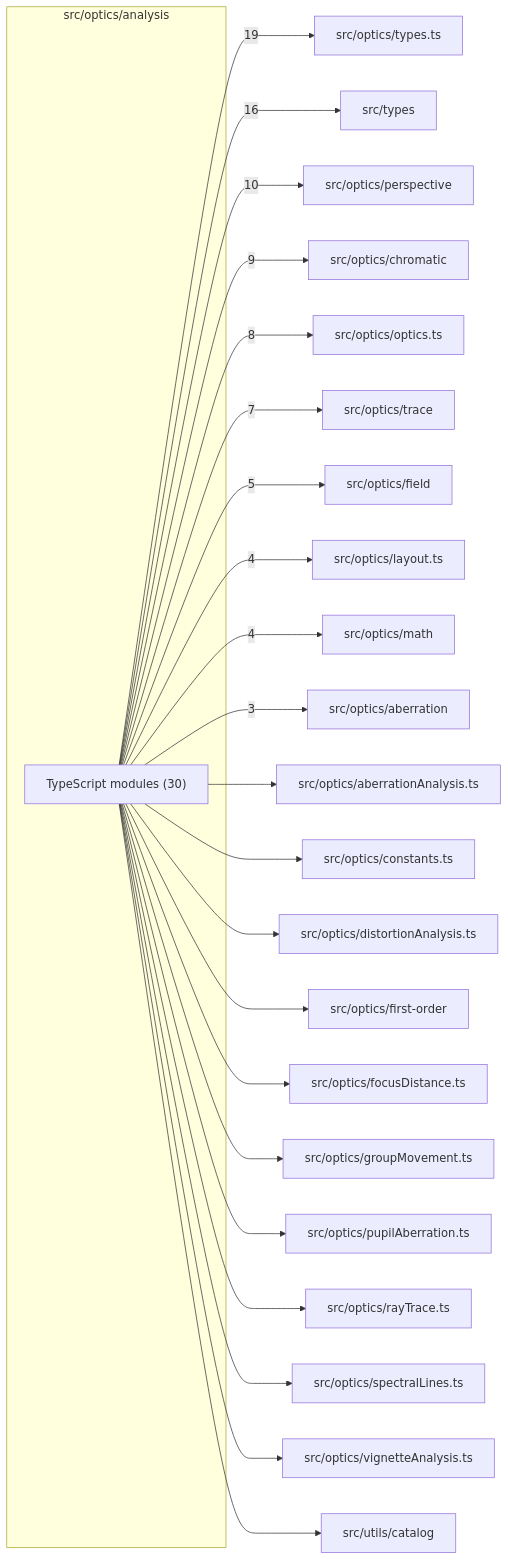
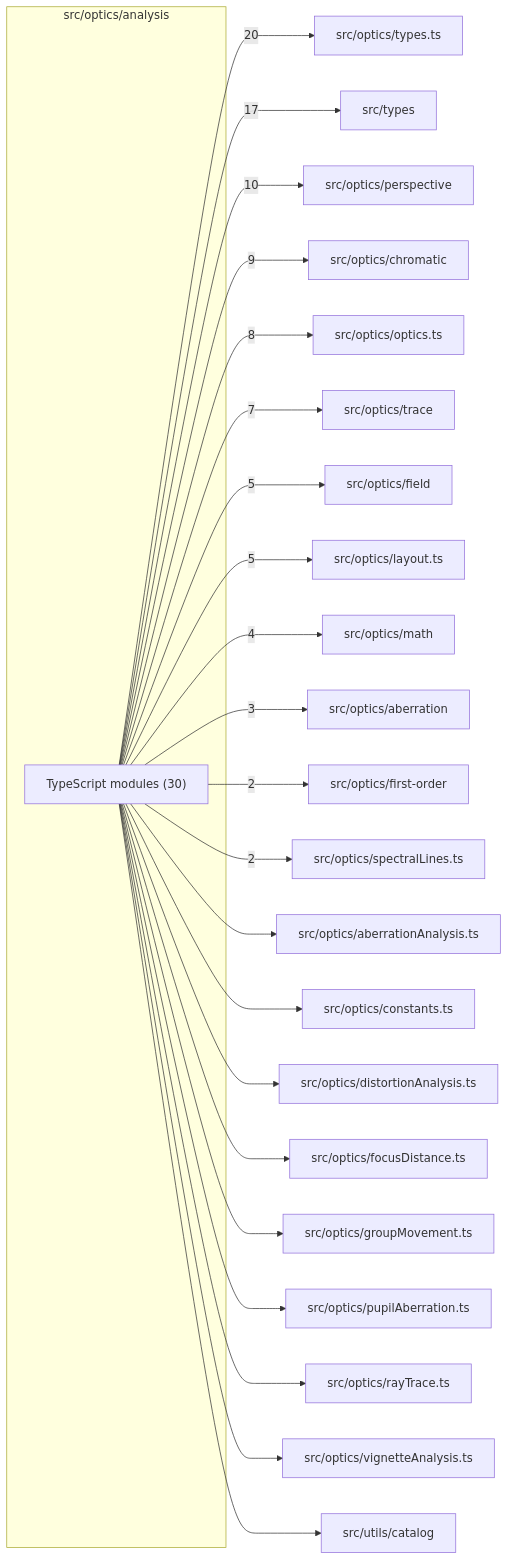
Before and after one commit to ronbuening/LensVisualizer: the diagram in src/optics/analysis/readme.md, drawn with Mermaid. The commit also changed other lines of this file and 18 other files, not shown here.

````diff
--- a/src/optics/analysis/readme.md
+++ b/src/optics/analysis/readme.md
@@ -9,48 +9,48 @@
 ```mermaid
 flowchart LR
   subgraph n_src_optics_analysis["src/optics/analysis"]
     n_src_optics_analysis_TypeScript_modules["TypeScript modules (30)"]
   end
   n_external_src_optics_types_ts["src/optics/types.ts"]
   n_external_src_types["src/types"]
   n_external_src_optics_perspective["src/optics/perspective"]
   n_external_src_optics_chromatic["src/optics/chromatic"]
   n_external_src_optics_optics_ts["src/optics/optics.ts"]
   n_external_src_optics_trace["src/optics/trace"]
   n_external_src_optics_field["src/optics/field"]
   n_external_src_optics_layout_ts["src/optics/layout.ts"]
   n_external_src_optics_math["src/optics/math"]
   n_external_src_optics_aberration["src/optics/aberration"]
+  n_external_src_optics_first_order["src/optics/first-order"]
+  n_external_src_optics_spectralLines_ts["src/optics/spectralLines.ts"]
   n_external_src_optics_aberrationAnalysis_ts["src/optics/aberrationAnalysis.ts"]
   n_external_src_optics_constants_ts["src/optics/constants.ts"]
   n_external_src_optics_distortionAnalysis_ts["src/optics/distortionAnalysis.ts"]
-  n_external_src_optics_first_order["src/optics/first-order"]
   n_external_src_optics_focusDistance_ts["src/optics/focusDistance.ts"]
   n_external_src_optics_groupMovement_ts["src/optics/groupMovement.ts"]
   n_external_src_optics_pupilAberration_ts["src/optics/pupilAberration.ts"]
   n_external_src_optics_rayTrace_ts["src/optics/rayTrace.ts"]
-  n_external_src_optics_spectralLines_ts["src/optics/spectralLines.ts"]
   n_external_src_optics_vignetteAnalysis_ts["src/optics/vignetteAnalysis.ts"]
   n_external_src_utils_catalog["src/utils/catalog"]
-  n_src_optics_analysis_TypeScript_modules --> |19| n_external_src_optics_types_ts
-  n_src_optics_analysis_TypeScript_modules --> |16| n_external_src_types
+  n_src_optics_analysis_TypeScript_modules --> |20| n_external_src_optics_types_ts
+  n_src_optics_analysis_TypeScript_modules --> |17| n_external_src_types
   n_src_optics_analysis_TypeScript_modules --> |10| n_external_src_optics_perspective
   n_src_optics_analysis_TypeScript_modules --> |9| n_external_src_optics_chromatic
   n_src_optics_analysis_TypeScript_modules --> |8| n_external_src_optics_optics_ts
   n_src_optics_analysis_TypeScript_modules --> |7| n_external_src_optics_trace
   n_src_optics_analysis_TypeScript_modules --> |5| n_external_src_optics_field
-  n_src_optics_analysis_TypeScript_modules --> |4| n_external_src_optics_layout_ts
+  n_src_optics_analysis_TypeScript_modules --> |5| n_external_src_optics_layout_ts
   n_src_optics_analysis_TypeScript_modules --> |4| n_external_src_optics_math
   n_src_optics_analysis_TypeScript_modules --> |3| n_external_src_optics_aberration
+  n_src_optics_analysis_TypeScript_modules --> |2| n_external_src_optics_first_order
+  n_src_optics_analysis_TypeScript_modules --> |2| n_external_src_optics_spectralLines_ts
   n_src_optics_analysis_TypeScript_modules --> n_external_src_optics_aberrationAnalysis_ts
   n_src_optics_analysis_TypeScript_modules --> n_external_src_optics_constants_ts
   n_src_optics_analysis_TypeScript_modules --> n_external_src_optics_distortionAnalysis_ts
-  n_src_optics_analysis_TypeScript_modules --> n_external_src_optics_first_order
   n_src_optics_analysis_TypeScript_modules --> n_external_src_optics_focusDistance_ts
   n_src_optics_analysis_TypeScript_modules --> n_external_src_optics_groupMovement_ts
   n_src_optics_analysis_TypeScript_modules --> n_external_src_optics_pupilAberration_ts
   n_src_optics_analysis_TypeScript_modules --> n_external_src_optics_rayTrace_ts
-  n_src_optics_analysis_TypeScript_modules --> n_external_src_optics_spectralLines_ts
   n_src_optics_analysis_TypeScript_modules --> n_external_src_optics_vignetteAnalysis_ts
   n_src_optics_analysis_TypeScript_modules --> n_external_src_utils_catalog
 ```
````
